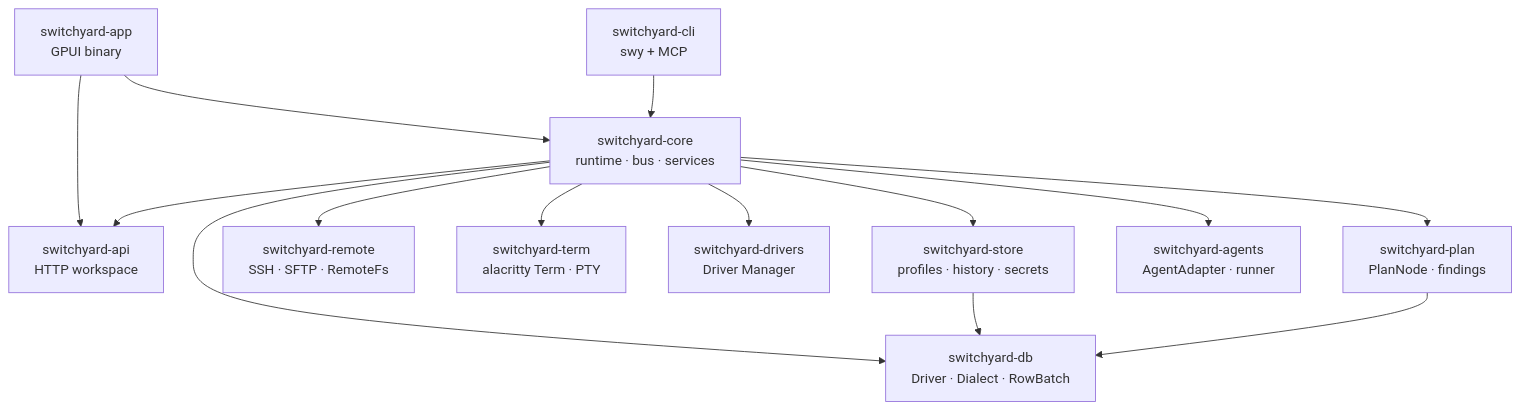
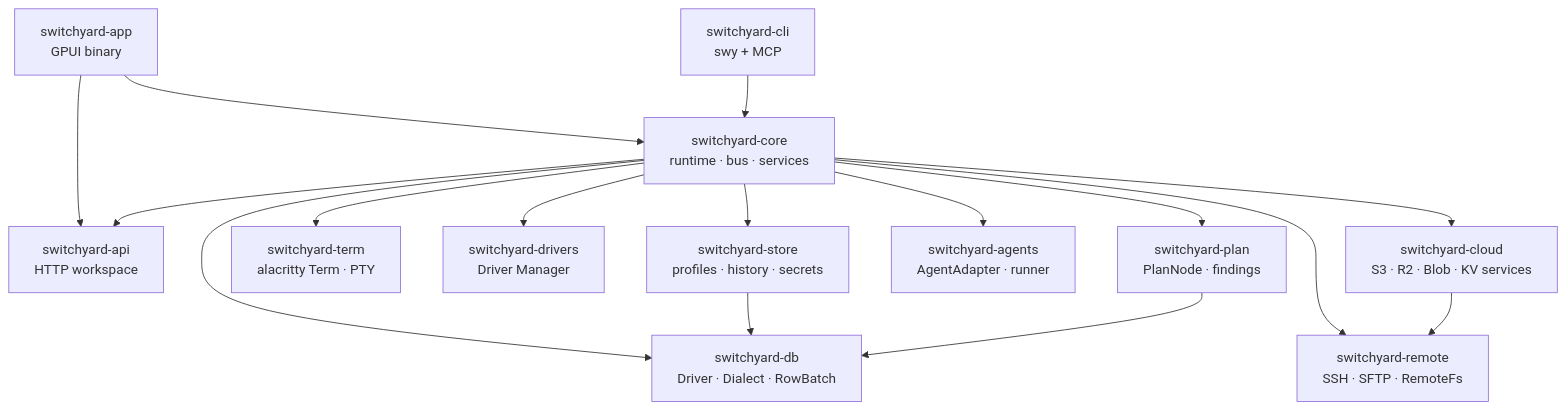
One commit to jeremielumandong/switchyard changed the second of 9 diagrams in docs/ARCHITECTURE.md. Above: the diagram before and after it, drawn with Mermaid. The commit also changed other lines of this file and 16 other files, not shown here.

````diff
--- a/docs/ARCHITECTURE.md
+++ b/docs/ARCHITECTURE.md
@@ -47,18 +47,19 @@
 ```mermaid
 flowchart TD
     app[switchyard-app<br/>GPUI binary] --> core
     app --> api
     cli[switchyard-cli<br/>swy + MCP] --> core
 
-    core[switchyard-core<br/>runtime · bus · services] --> store & db & remote & term & drivers & plan & api & agents
+    core[switchyard-core<br/>runtime · bus · services] --> store & db & remote & term & drivers & plan & api & agents & cloud
 
     store[switchyard-store<br/>profiles · history · secrets] --> db
     plan[switchyard-plan<br/>PlanNode · findings] --> db
 
     db[switchyard-db<br/>Driver · Dialect · RowBatch]
     remote[switchyard-remote<br/>SSH · SFTP · RemoteFs]
     term[switchyard-term<br/>alacritty Term · PTY]
     drivers[switchyard-drivers<br/>Driver Manager]
     api[switchyard-api<br/>HTTP workspace]
     agents[switchyard-agents<br/>AgentAdapter · runner]
+    cloud[switchyard-cloud<br/>S3 · R2 · Blob · KV services] --> remote
 ```
````
